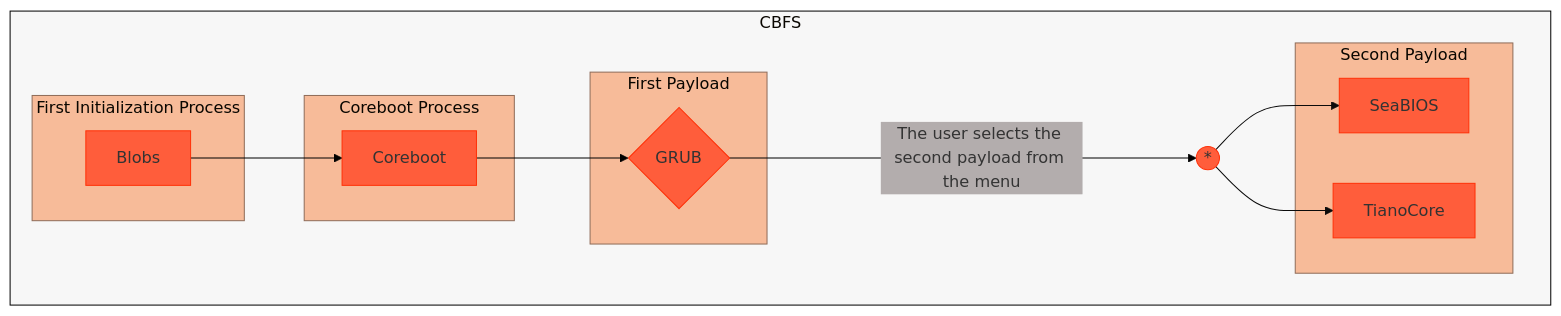
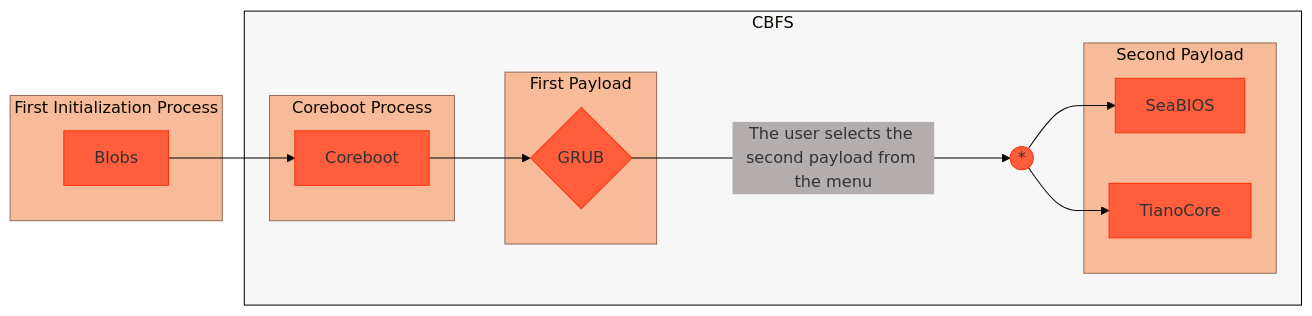
The diagram in README.md (Ch3ckm4t3C1ph3r/Lenovo-Ideapad-320-14ISK-_Coreboot-Adaptation_), drawn with Mermaid before and after one commit. The commit also changed other lines of this file, not shown here.

Commit message:
Refactor CBFS subgraph in README

````diff
--- a/README.md
+++ b/README.md
@@ -122,46 +122,46 @@
 ```mermaid
 ---
 config:
   theme: 'base'
   themeVariables:
     edgeLabelBackground: '#B3ADAD'
 ---
 flowchart LR;
     %% Definition of style (and class of style) of each element by id (or by class name)
     style cbfs fill:#f7f7f7,stroke:#000000,stroke-width:1px;
     classDef sbgStyle fill:#F7BB99,stroke:#8F6C59,stroke-width:1px
     classDef nodeStyle fill:#FF5D3B,stroke:#FF3008,stroke-width:1px
     classDef edgeStyle fill:#000000,stroke:#000000,stroke-width:1px
     
-    subgraph cbfs[CBFS]
         direction LR
 
         %% Not publicly documented boot process
         subgraph sbg1[First Initialization Process]
           n1[Blobs]
         end
 
         n1[Blobs] e1@--> n2[Coreboot]
 
+    subgraph cbfs[CBFS]
         subgraph sbg2[Coreboot Process]
           n2[Coreboot]
         end
     
         n2[Coreboot] e2@--> p1{GRUB}
     
         subgraph sbg3[First Payload]
           p1{GRUB}
         end
         
         p1{GRUB} e3@---->|The user selects the second payload from the menu|UNION((*)) e4@--> p2_1[SeaBIOS] & p2_2[TianoCore]
     
         subgraph sbg4[Second Payload]
           p2_1[SeaBIOS] & p2_2[TianoCore]
         end
     end
 
     %% Defining the members of each class
     class sbg1,sbg2,sbg3,sbg4 sbgStyle
     class n1,n2,p1,p2_1,p2_2,UNION nodeStyle
     class e1,e2,e3 edgeStyle
 ```
````
